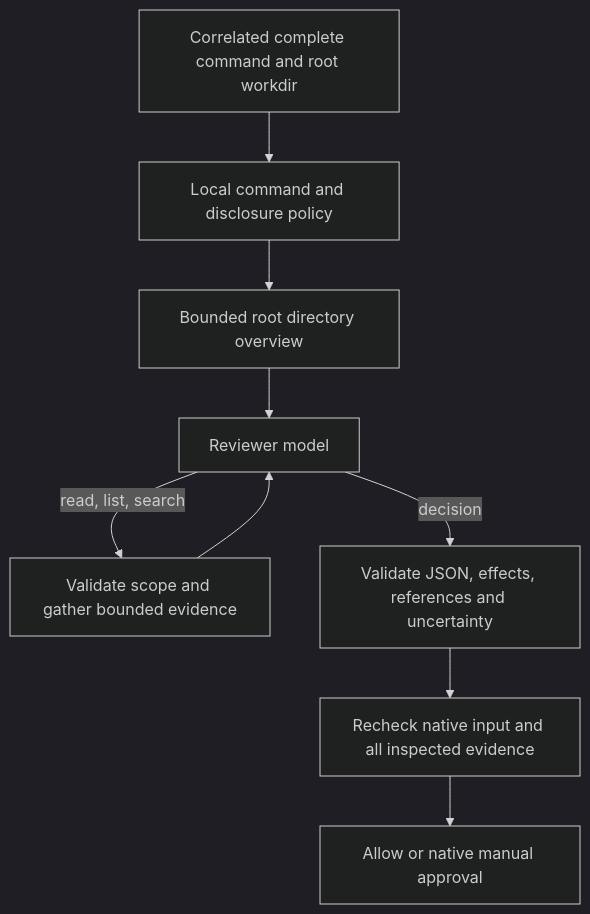
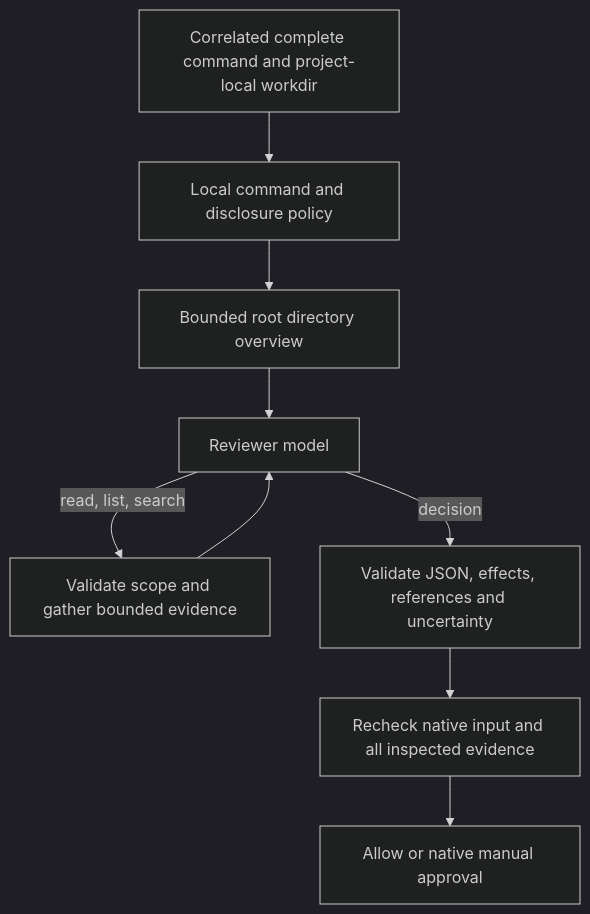
One commit to cesarus777/opencode-censor changed the diagram in docs/STATEFUL.md. Above: the diagram before and after it, drawn with Mermaid (dark theme). The commit also changed other lines of this file and 31 other files, not shown here.

````diff
--- a/docs/STATEFUL.md
+++ b/docs/STATEFUL.md
@@ -56,11 +56,11 @@
 ```mermaid
 flowchart TD
-  C[Correlated complete command and root workdir] --> P[Local command and disclosure policy]
+  C[Correlated complete command and project-local workdir] --> P[Local command and disclosure policy]
   P --> O[Bounded root directory overview]
   O --> M[Reviewer model]
   M -->|read, list, search| F[Validate scope and gather bounded evidence]
   F --> M
   M -->|decision| V[Validate JSON, effects, references and uncertainty]
   V --> R[Recheck native input and all inspected evidence]
   R --> A[Allow or native manual approval]
 ```
````
